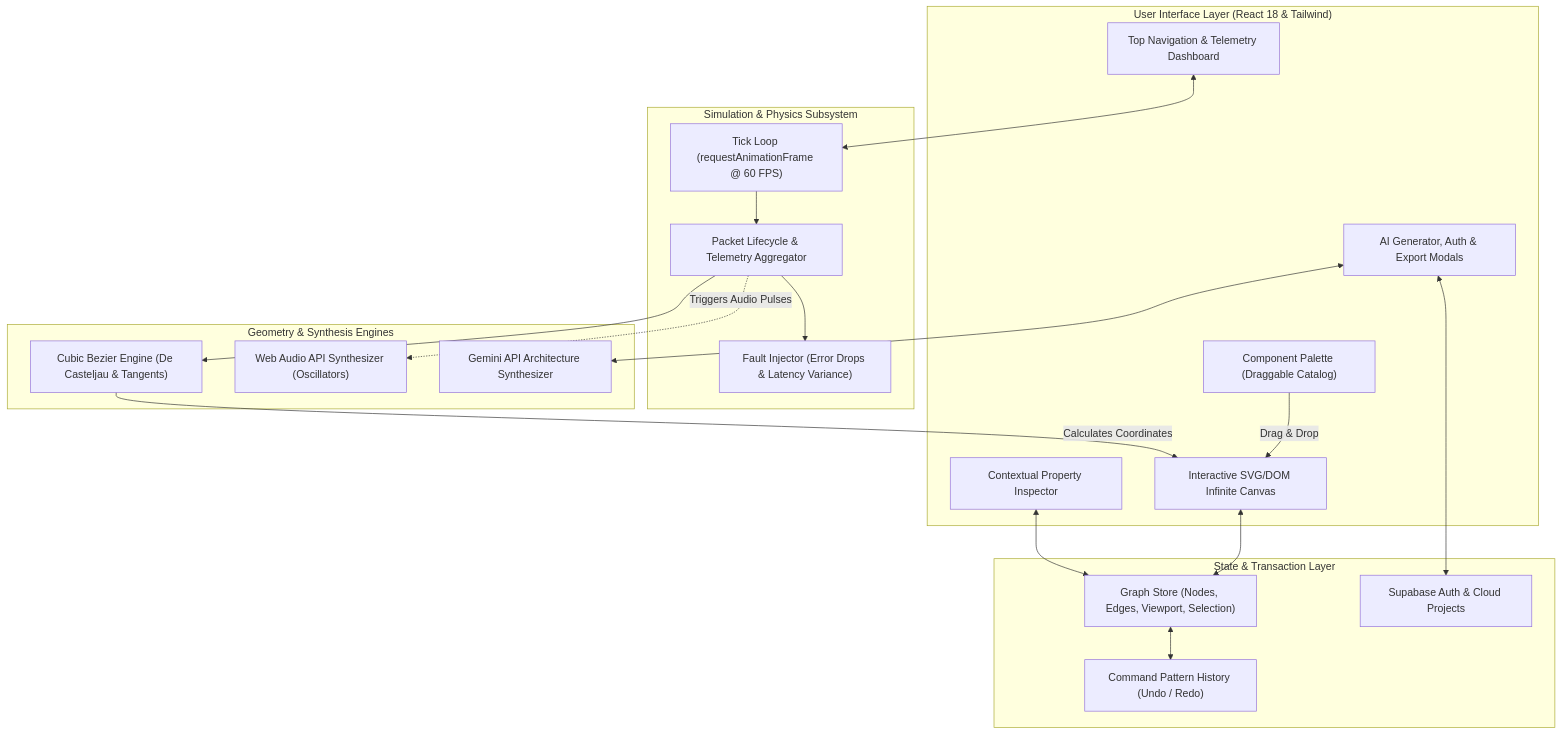
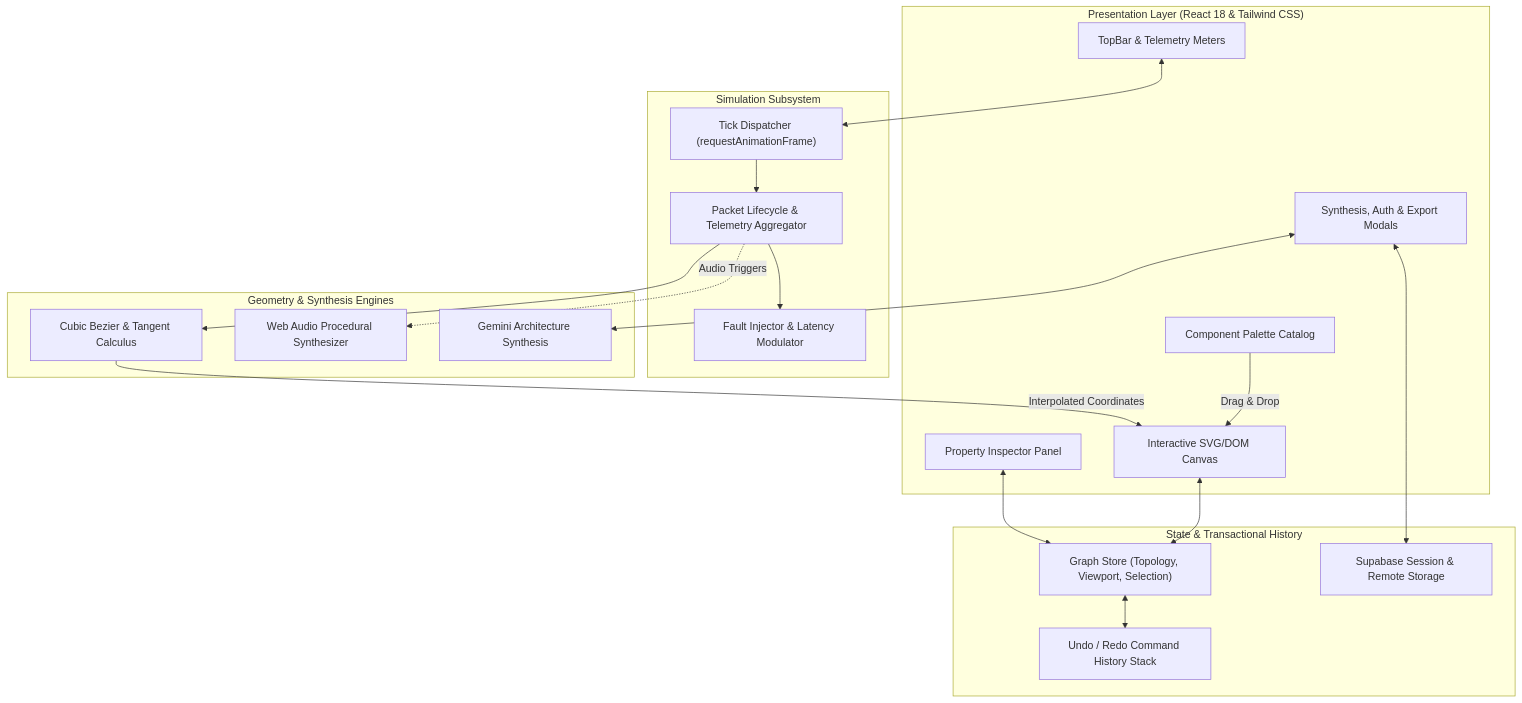
Before and after one commit to Hanubaki/GraphFlow: the diagram in README.md, drawn with Mermaid. The commit also changed other lines of this file and 1 other file, not shown here.

````diff
--- a/README.md
+++ b/README.md
@@ -67,41 +73,41 @@
 ```mermaid
 flowchart TD
-    subgraph UI ["User Interface Layer (React 18 & Tailwind)"]
-        TopBar["Top Navigation & Telemetry Dashboard"]
-        Palette["Component Palette (Draggable Catalog)"]
-        Canvas["Interactive SVG/DOM Infinite Canvas"]
-        Inspector["Contextual Property Inspector"]
-        Modals["AI Generator, Auth & Export Modals"]
+    subgraph Presentation ["Presentation Layer (React 18 & Tailwind CSS)"]
+        TopBar["TopBar & Telemetry Meters"]
+        NodePalette["Component Palette Catalog"]
+        Canvas["Interactive SVG/DOM Canvas"]
+        Inspector["Property Inspector Panel"]
+        Modals["Synthesis, Auth & Export Modals"]
     end
 
-    subgraph State ["State & Transaction Layer"]
-        GraphStore["Graph Store (Nodes, Edges, Viewport, Selection)"]
-        HistoryStack["Command Pattern History (Undo / Redo)"]
-        AuthContext["Supabase Auth & Cloud Projects"]
+    subgraph StateManagement ["State & Transactional History"]
+        GraphStore["Graph Store (Topology, Viewport, Selection)"]
+        History["Undo / Redo Command History Stack"]
+        AuthContext["Supabase Session & Remote Storage"]
     end
 
-    subgraph Simulation ["Simulation & Physics Subsystem"]
-        SimLoop["Tick Loop (requestAnimationFrame @ 60 FPS)"]
+    subgraph SimulationSubsystem ["Simulation Subsystem"]
+        SimLoop["Tick Dispatcher (requestAnimationFrame)"]
         PacketManager["Packet Lifecycle & Telemetry Aggregator"]
-        ChaosEngine["Fault Injector (Error Drops & Latency Variance)"]
+        ChaosEngine["Fault Injector & Latency Modulator"]
     end
 
-    subgraph CoreEngine ["Geometry & Synthesis Engines"]
-        BezierCalc["Cubic Bezier Engine (De Casteljau & Tangents)"]
-        SoundSynth["Web Audio API Synthesizer (Oscillators)"]
-        AiService["Gemini API Architecture Synthesizer"]
+    subgraph GeometryAndAudio ["Geometry & Synthesis Engines"]
+        BezierEngine["Cubic Bezier & Tangent Calculus"]
+        AudioSynth["Web Audio Procedural Synthesizer"]
+        AiEngine["Gemini Architecture Synthesis"]
     end
 
-    Palette -->|Drag & Drop| Canvas
+    NodePalette -->|Drag & Drop| Canvas
     Canvas <--> GraphStore
-    GraphStore <--> HistoryStack
+    GraphStore <--> History
     Inspector <--> GraphStore
     TopBar <--> SimLoop
     SimLoop --> PacketManager
     PacketManager --> ChaosEngine
-    PacketManager --> BezierCalc
-    BezierCalc -->|Calculates Coordinates| Canvas
-    PacketManager -.->|Triggers Audio Pulses| SoundSynth
-    Modals <--> AiService
+    PacketManager --> BezierEngine
+    BezierEngine -->|Interpolated Coordinates| Canvas
+    PacketManager -.->|Audio Triggers| AudioSynth
+    Modals <--> AiEngine
     Modals <--> AuthContext
 ```
````
